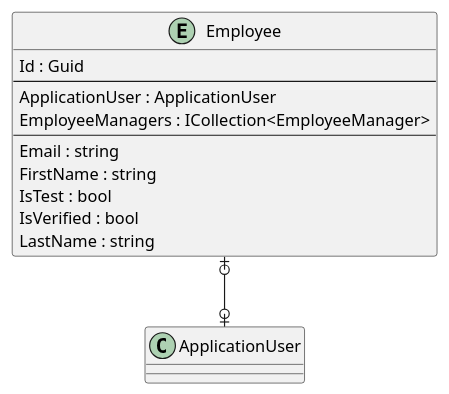
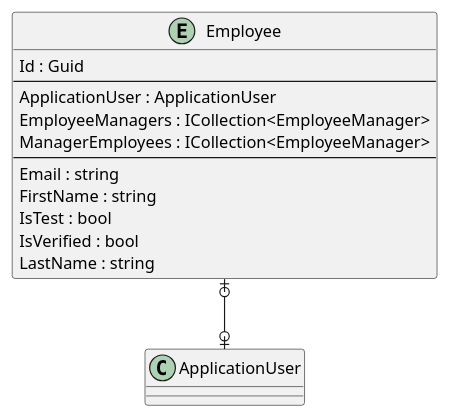
The diagram in .docs/Sco.SarTool.pu (intrepion/intrepion_employee-managers_csharp), drawn with PlantUML before and after one commit.

```diff
--- a/.docs/Sco.SarTool.pu
+++ b/.docs/Sco.SarTool.pu
@@ -1,23 +1,24 @@
 @startuml
 
 entity Employee {
     Id : Guid
     --
     ApplicationUser : ApplicationUser
     EmployeeManagers : ICollection<EmployeeManager>
+    ManagerEmployees : ICollection<EmployeeManager>
     ' EmployeeKeyCodePlaceholder
     --
     Email : string
     FirstName : string
     IsTest : bool
     IsVerified : bool
     LastName : string
     ' EmployeePropertyCodePlaceholder
 }
 
 ' EntityCodePlaceholder
 
 Employee |o--o| ApplicationUser
 ' RelationshipCodePlaceholder
 
 @enduml
```
